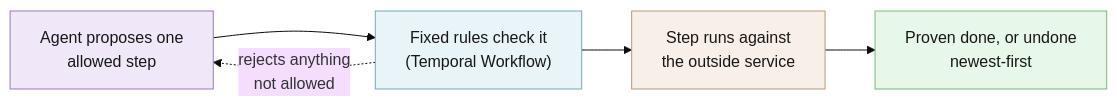
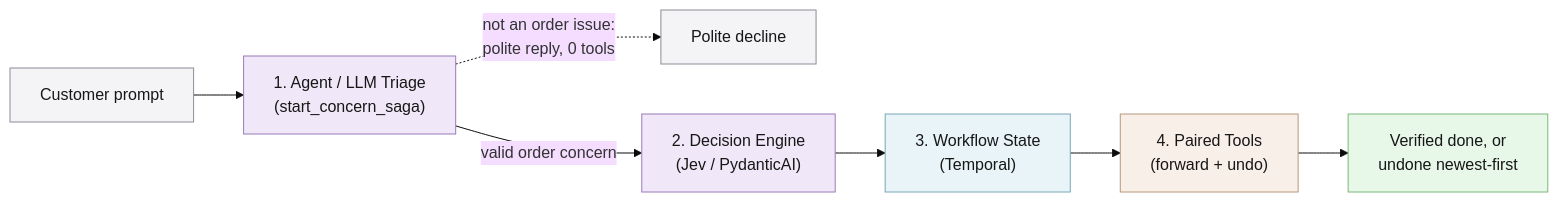
The diagram in README.md (gainratio/agentic-saga), drawn with Mermaid (base theme) before and after one commit. The commit also changed other lines of this file and 39 other files, not shown here.

Commit message:
feat(saga): frame 4-layer customer order concern intake, Jev, Temporal & paired tools (#74)

````diff
--- a/README.md
+++ b/README.md
@@ -177,16 +198,20 @@
 ```mermaid
 flowchart LR
-    A["Agent proposes one<br/>allowed step"] --> B["Fixed rules check it<br/>(Temporal Workflow)"]
-    B --> C["Step runs against<br/>the outside service"]
-    C --> D["Proven done, or undone<br/>newest-first"]
-    B -.->|"rejects anything<br/>not allowed"| A
+    U["Customer prompt"] --> T["1. Agent / LLM Triage<br/>(start_concern_saga)"]
+    T -.->|"not an order issue:<br/>polite reply, 0 tools"| R["Polite decline"]
+    T -->|"valid order concern"| A["2. Decision Engine<br/>(Jev / PydanticAI)"]
+    A --> B["3. Workflow State<br/>(Temporal)"]
+    B --> C["4. Paired Tools<br/>(forward + undo)"]
+    C --> D["Verified done, or<br/>undone newest-first"]
 
+    classDef gray fill:#f4f4f6,stroke:#8b8d98,color:#171717
     classDef purple fill:#f0e8f8,stroke:#9a7ab8,color:#171717
     classDef blue fill:#e8f4f8,stroke:#7aa7b8,color:#171717
     classDef orange fill:#f8f0e8,stroke:#b8987a,color:#171717
     classDef green fill:#e8f8e8,stroke:#7ab87a,color:#171717
-    class A purple
+    class U,R gray
+    class T,A purple
     class B blue
     class C orange
     class D green
 ```
````
